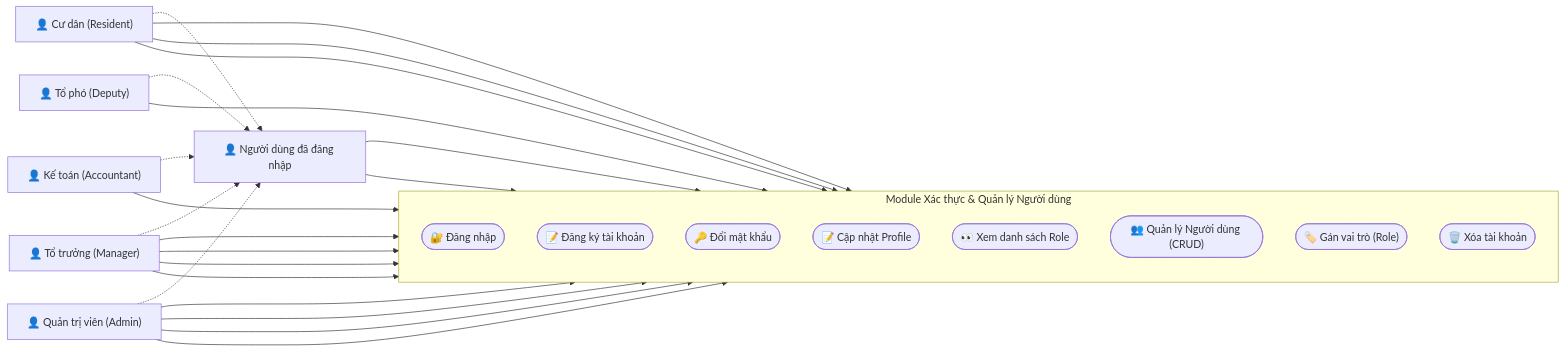
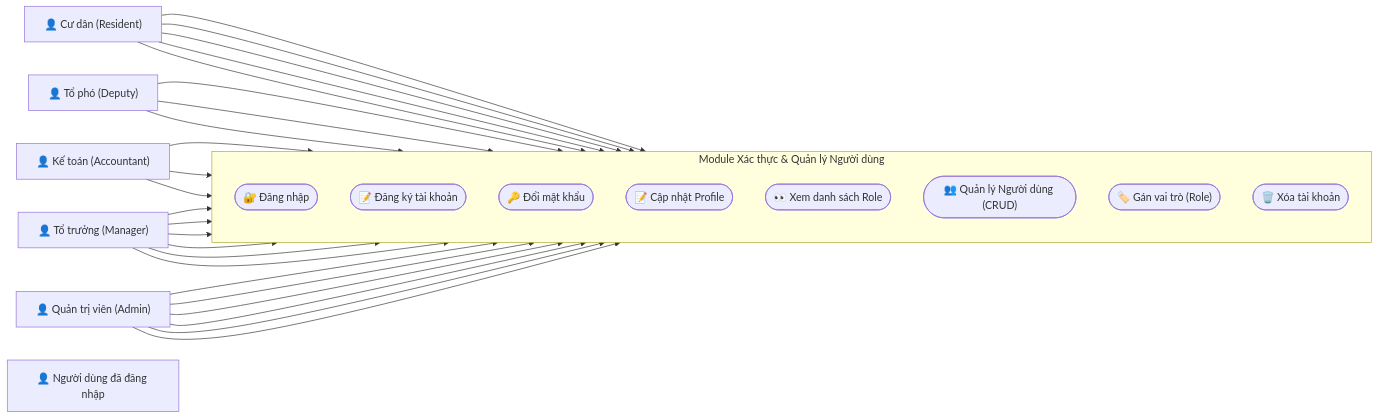
One commit to anhtranguyen-github/DarkSun changed the diagram in specs/usecases/usecase_auth.md. Above: the diagram before and after it, drawn with Mermaid. The commit also changed other lines of this file and 4 other files, not shown here.

````diff
--- a/specs/usecases/usecase_auth.md
+++ b/specs/usecases/usecase_auth.md
@@ -3,56 +3,56 @@
 ```mermaid
 graph LR
     %% Actors
     Resident["👤 Cư dân (Resident)"]
     Manager["👤 Tổ trưởng (Manager)"]
     Deputy["👤 Tổ phó (Deputy)"]
     Accountant["👤 Kế toán (Accountant)"]
     Admin["👤 Quản trị viên (Admin)"]
     
     %% Abstract Actor
     AuthenticatedUser["👤 Người dùng đã đăng nhập"]
 
     %% System
     subgraph Module ["Module Xác thực & Quản lý Người dùng"]
         direction TB
         UC_Login(["🔐 Đăng nhập"])
         UC_Register(["📝 Đăng ký tài khoản"])
         UC_ChangePass(["🔑 Đổi mật khẩu"])
         UC_UpdateProfile(["📝 Cập nhật Profile"])
         UC_ViewRoles(["👀 Xem danh sách Role"])
         UC_CRUD_User(["👥 Quản lý Người dùng (CRUD)"])
         UC_AssignRole(["🏷️ Gán vai trò (Role)"])
         UC_DeleteUser(["🗑️ Xóa tài khoản"])
     end
 
     %% Relationships - Public
     Resident --> UC_Login
     Resident --> UC_Register
     Resident --> UC_ViewRoles
     
     Manager --> UC_Login
     Deputy --> UC_Login
     Accountant --> UC_Login
     Admin --> UC_Login
 
-    %% Relationships - Authenticated Shared
-    AuthenticatedUser --> UC_ChangePass
-    AuthenticatedUser --> UC_UpdateProfile
-
-    %% Inheritance (All roles are Authenticated Users)
-    Resident -.-> AuthenticatedUser
-    Manager -.-> AuthenticatedUser
-    Deputy -.-> AuthenticatedUser
-    Accountant -.-> AuthenticatedUser
-    Admin -.-> AuthenticatedUser
+    %% Relationships - Authenticated functionalities
+    Resident --> UC_ChangePass
+    Resident --> UC_UpdateProfile
+    Manager --> UC_ChangePass
+    Manager --> UC_UpdateProfile
+    Deputy --> UC_ChangePass
+    Deputy --> UC_UpdateProfile
+    Accountant --> UC_ChangePass
+    Accountant --> UC_UpdateProfile
+    Admin --> UC_ChangePass
+    Admin --> UC_UpdateProfile
 
     %% Relationships - Management
     Manager --> UC_CRUD_User
     Manager --> UC_AssignRole
     Manager --> UC_DeleteUser
-
-    %% Relationships - Admin Specific (Inherits Manager rights implicitly or explicitly)
+    
     Admin --> UC_CRUD_User
     Admin --> UC_AssignRole
     Admin --> UC_DeleteUser
 ```
````
